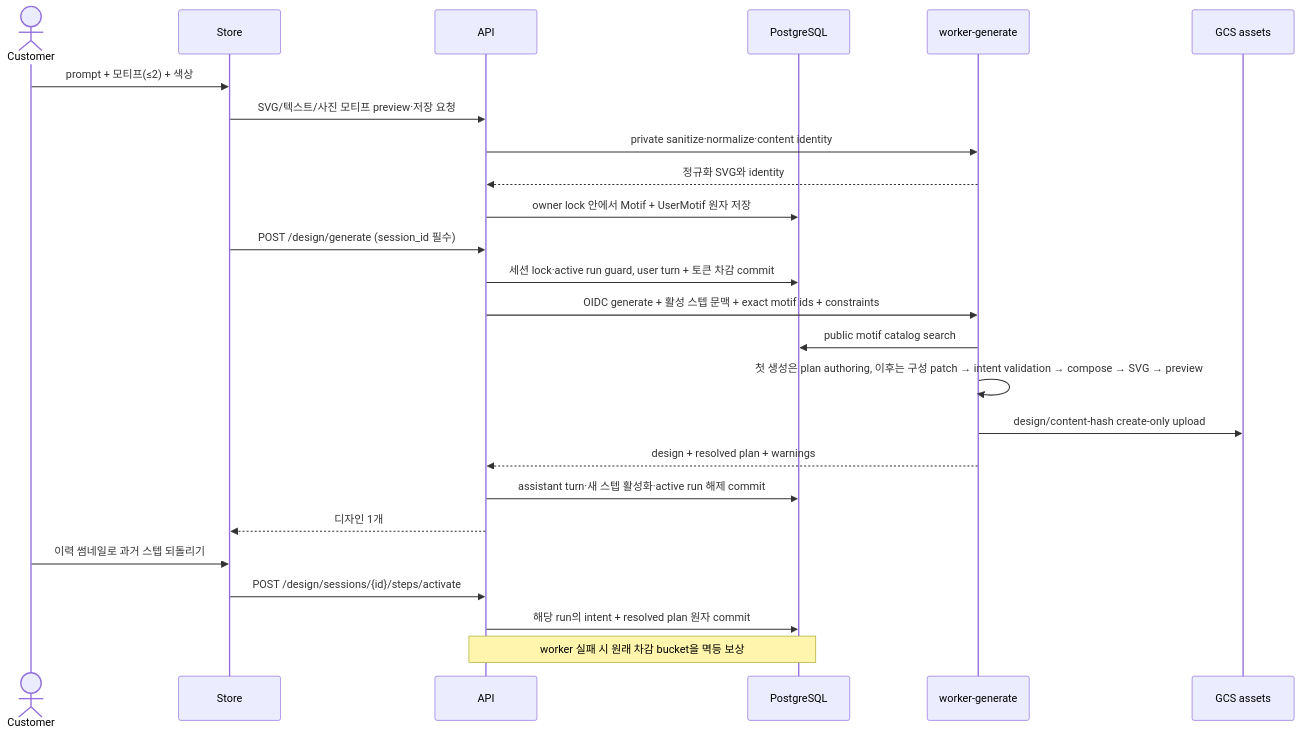
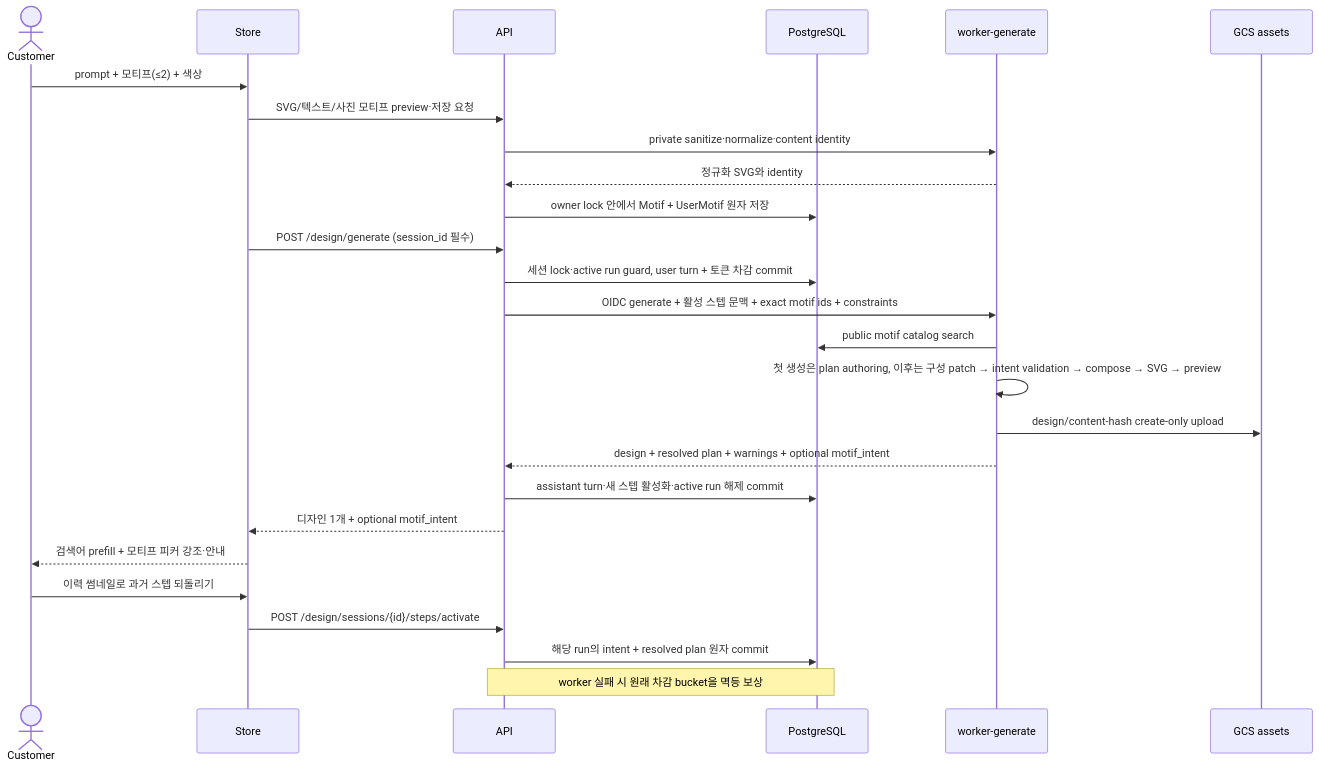
Before and after one commit to Bongseop-Kim/essesion: the fifth of 8 diagrams in ARCHITECTURE.md, drawn with Mermaid. The commit also changed other lines of this file and 27 other files, not shown here.

Commit message:
Guide motif requests to the picker from design generation

````diff
--- a/ARCHITECTURE.md
+++ b/ARCHITECTURE.md
@@ -546,29 +551,30 @@
 ```mermaid
 sequenceDiagram
     actor U as Customer
     participant S as Store
     participant A as API
     participant DB as PostgreSQL
     participant W as worker-generate
     participant G as GCS assets
 
     U->>S: prompt + 모티프(≤2) + 색상
     S->>A: SVG/텍스트/사진 모티프 preview·저장 요청
     A->>W: private sanitize·normalize·content identity
     W-->>A: 정규화 SVG와 identity
     A->>DB: owner lock 안에서 Motif + UserMotif 원자 저장
     S->>A: POST /design/generate (session_id 필수)
     A->>DB: 세션 lock·active run guard, user turn + 토큰 차감 commit
     A->>W: OIDC generate + 활성 스텝 문맥 + exact motif ids + constraints
     W->>DB: public motif catalog search
     W->>W: 첫 생성은 plan authoring, 이후는 구성 patch → intent validation → compose → SVG → preview
     W->>G: design/content-hash create-only upload
-    W-->>A: design + resolved plan + warnings
+    W-->>A: design + resolved plan + warnings + optional motif_intent
     A->>DB: assistant turn·새 스텝 활성화·active run 해제 commit
-    A-->>S: 디자인 1개
+    A-->>S: 디자인 1개 + optional motif_intent
+    S-->>U: 검색어 prefill + 모티프 피커 강조·안내
     U->>S: 이력 썸네일로 과거 스텝 되돌리기
     S->>A: POST /design/sessions/{id}/steps/activate
     A->>DB: 해당 run의 intent + resolved plan 원자 commit
 
     Note over A,DB: worker 실패 시 원래 차감 bucket을 멱등 보상
 ```
````
